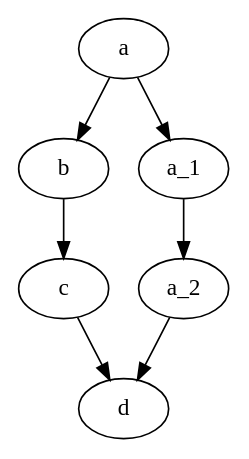
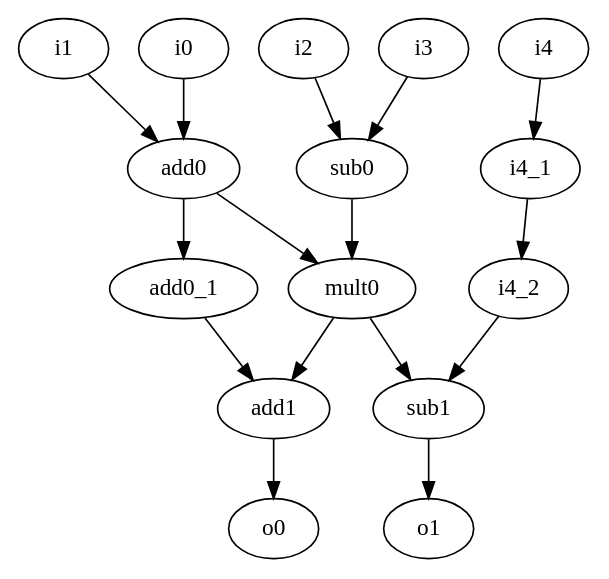
One commit to canesche/dataflow-python changed the diagram in res/grafo_final.dot. Above: the diagram before and after it, drawn with Graphviz. The commit also changed 3 other files, not shown here.

```diff
--- a/res/grafo_final.dot
+++ b/res/grafo_final.dot
@@ -1,14 +1,32 @@
 strict digraph  {
-a;
-b;
-a_1;
-a_2;
-d;
-c;
-a -> b;
-a -> a_1;
-b -> c;
-a_1 -> a_2;
-a_2 -> d;
-c -> d;
+i0;
+add0;
+i1;
+i2;
+sub0;
+i3;
+i4;
+i4_1;
+i4_2;
+sub1;
+mult0;
+add0_1;
+add1;
+o0;
+o1;
+i0 -> add0;
+add0 -> mult0;
+add0 -> add0_1;
+i1 -> add0;
+i2 -> sub0;
+sub0 -> mult0;
+i3 -> sub0;
+i4 -> i4_1;
+i4_1 -> i4_2;
+i4_2 -> sub1;
+sub1 -> o1;
+mult0 -> add1;
+mult0 -> sub1;
+add0_1 -> add1;
+add1 -> o0;
 }
```
